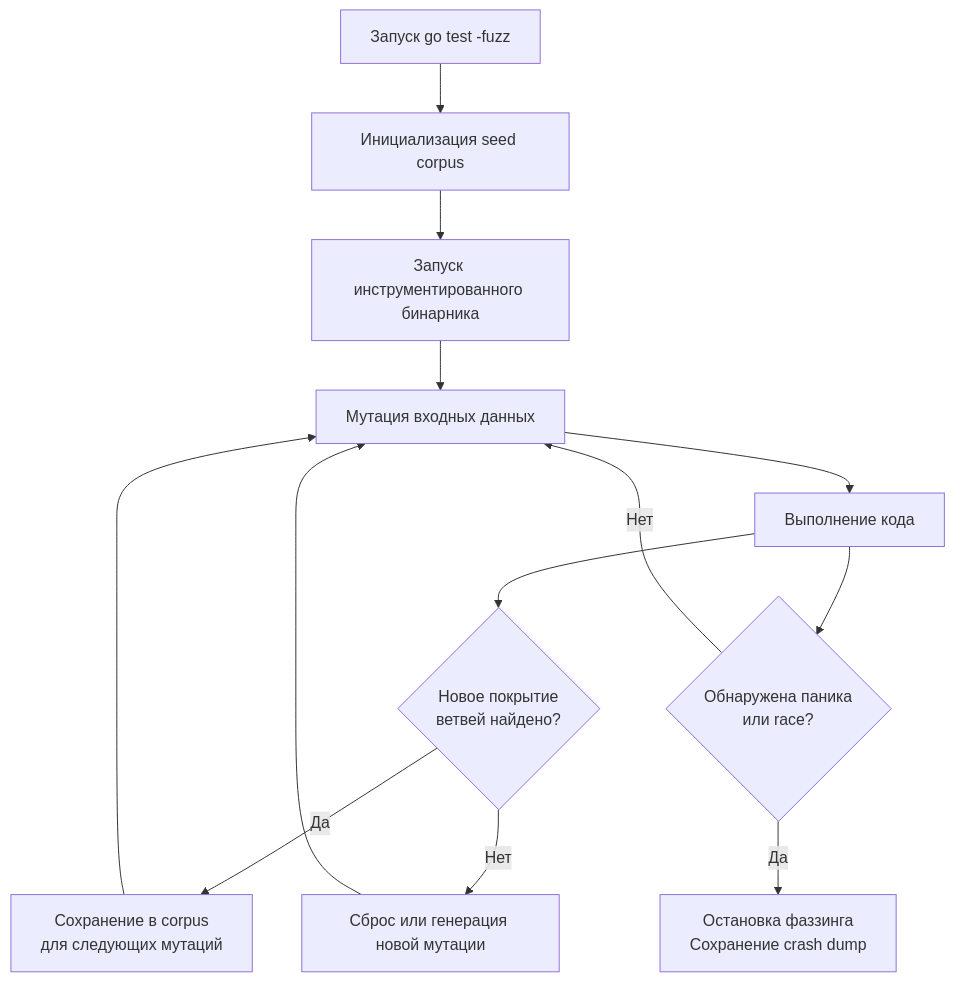
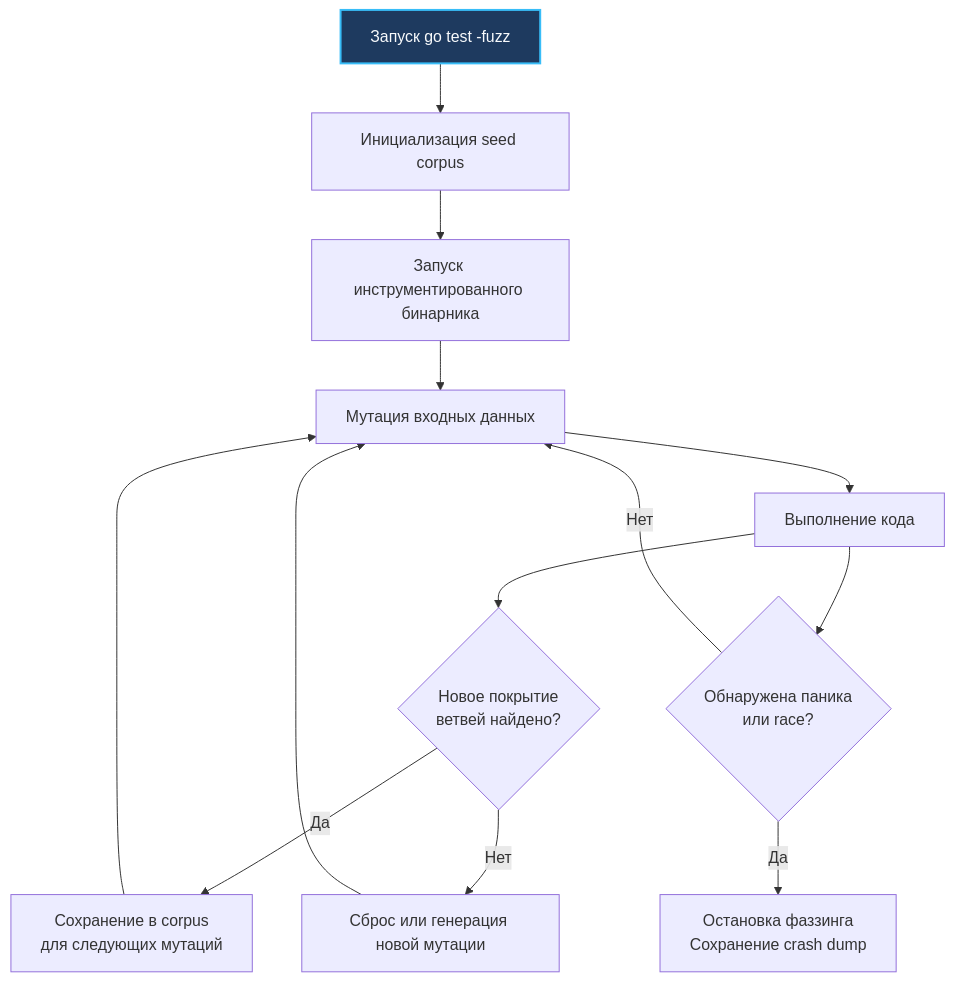
Before and after one commit to UnrealTemplier/go-textbook: the diagram in sources/6. Стандартная библиотека Go/45. testing. Unit test, Benchmark, Fuzzing.md, drawn with Mermaid. The commit also changed 1666 other files, not shown here.

First line of the commit message:
feat(mermaid): add semantic color classDef to 1369 colorless flowchart/graph diagrams

````diff
--- a/sources/6. Стандартная библиотека Go/45. testing. Unit test, Benchmark, Fuzzing.md
+++ b/sources/6. Стандартная библиотека Go/45. testing. Unit test, Benchmark, Fuzzing.md
@@ -143,15 +143,25 @@
 ```mermaid
 flowchart TD
-    A["Запуск go test -fuzz"] --> B["Инициализация seed corpus"]
+    classDef process  fill:#1e293b,stroke:#38bdf8,stroke-width:1px,color:#f8fafc
+    classDef success  fill:#064e3b,stroke:#34d399,stroke-width:1px,color:#f8fafc
+    classDef error    fill:#7f1d1d,stroke:#f87171,stroke-width:1px,color:#f8fafc
+    classDef warning  fill:#78350f,stroke:#fbbf24,stroke-width:1px,color:#f8fafc
+    classDef entry    fill:#1e3a5f,stroke:#38bdf8,stroke-width:2px,color:#f8fafc
+    classDef aux      fill:#334155,stroke:#64748b,stroke-width:1px,color:#f8fafc
+    classDef system   fill:#312e81,stroke:#a78bfa,stroke-width:1px,color:#f8fafc
+    classDef data     fill:#132d29,stroke:#2dd4bf,stroke-width:1px,color:#f8fafc
+    classDef network  fill:#881337,stroke:#fb7185,stroke-width:1px,color:#f8fafc
+    classDef accent   fill:#1e1b4b,stroke:#818cf8,stroke-width:1px,color:#f8fafc
+    A["Запуск go test -fuzz"]:::entry --> B["Инициализация seed corpus"]
     B --> C["Запуск инструментированного бинарника"]
     C --> D["Мутация входных данных"]
     D --> E["Выполнение кода"]
     E --> F{"Новое покрытие<br>ветвей найдено?"}
     F -->|Да| G["Сохранение в corpus<br>для следующих мутаций"]
     F -->|Нет| H["Сброс или генерация новой мутации"]
     G --> D
     H --> D
     E --> I{"Обнаружена паника<br>или race?"}
     I -->|Да| J["Остановка фаззинга<br>Сохранение crash dump"]
     I -->|Нет| D
 ```
````
